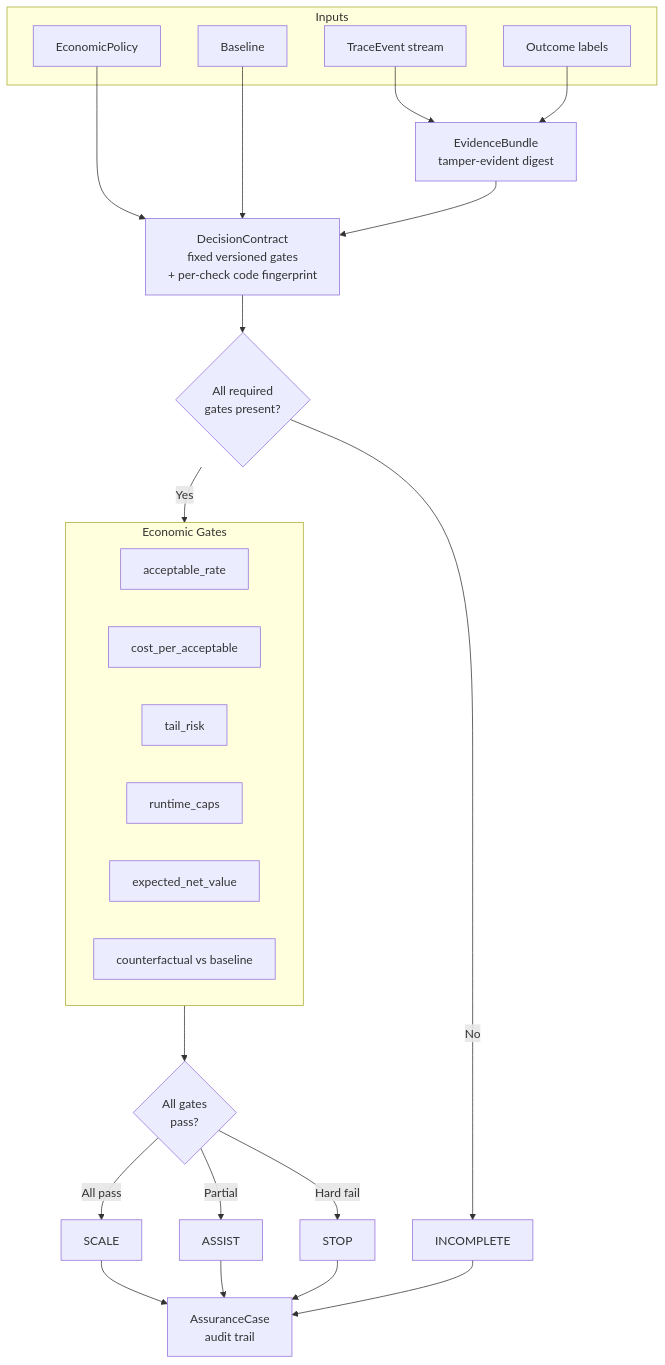
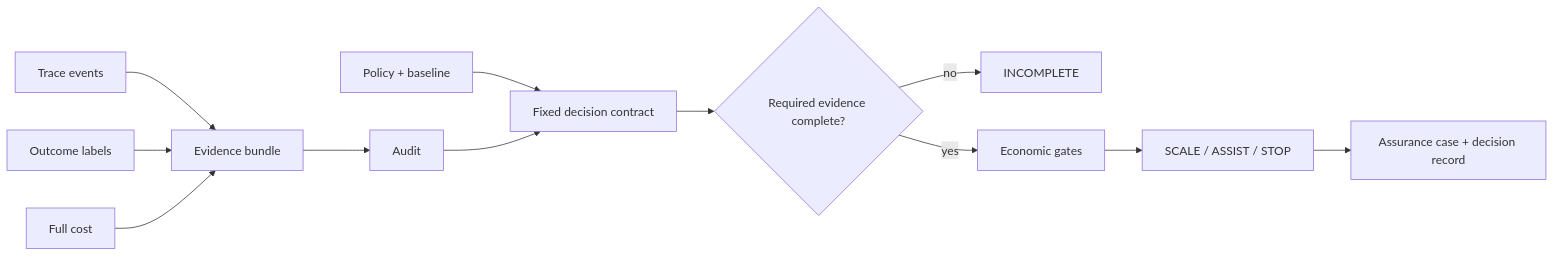
One commit to Vyoma/agent-economics-lab changed the diagram in README.md. Above: the diagram before and after it, drawn with Mermaid. The commit also changed other lines of this file and 3 other files, not shown here.

````diff
--- a/README.md
+++ b/README.md
@@ -647,33 +122,14 @@
 ```mermaid
-flowchart TD
-    subgraph Inputs
-        T[TraceEvent stream]
-        O[Outcome labels]
-        P[EconomicPolicy]
-        B[Baseline]
-    end
-
-    T & O --> EB["EvidenceBundle\ntamper-evident digest"]
-    P & B --> DC
-    EB --> DC["DecisionContract\nfixed versioned gates\n+ per-check code fingerprint"]
-
-    DC --> CHECK{"All required\ngates present?"}
-    CHECK -->|No| INC["INCOMPLETE"]
-    CHECK -->|Yes| G
-
-    subgraph G["Economic Gates"]
-        G1[acceptable_rate]
-        G2[cost_per_acceptable]
-        G3[tail_risk]
-        G4[runtime_caps]
-        G5[expected_net_value]
-        G6[counterfactual vs baseline]
-    end
-
-    G --> V{"All gates\npass?"}
-    V -->|All pass| S["SCALE"]
-    V -->|Partial| A["ASSIST"]
-    V -->|Hard fail| ST["STOP"]
-
-    S & A & ST & INC --> AC["AssuranceCase\naudit trail"]
+flowchart LR
+    E[Trace events] --> B[Evidence bundle]
+    O[Outcome labels] --> B
+    C[Full cost] --> B
+    P[Policy + baseline] --> D[Fixed decision contract]
+    B --> A[Audit]
+    A --> D
+    D --> V{Required evidence complete?}
+    V -->|no| I[INCOMPLETE]
+    V -->|yes| G[Economic gates]
+    G --> R[SCALE / ASSIST / STOP]
+    R --> Q[Assurance case + decision record]
 ```
````
